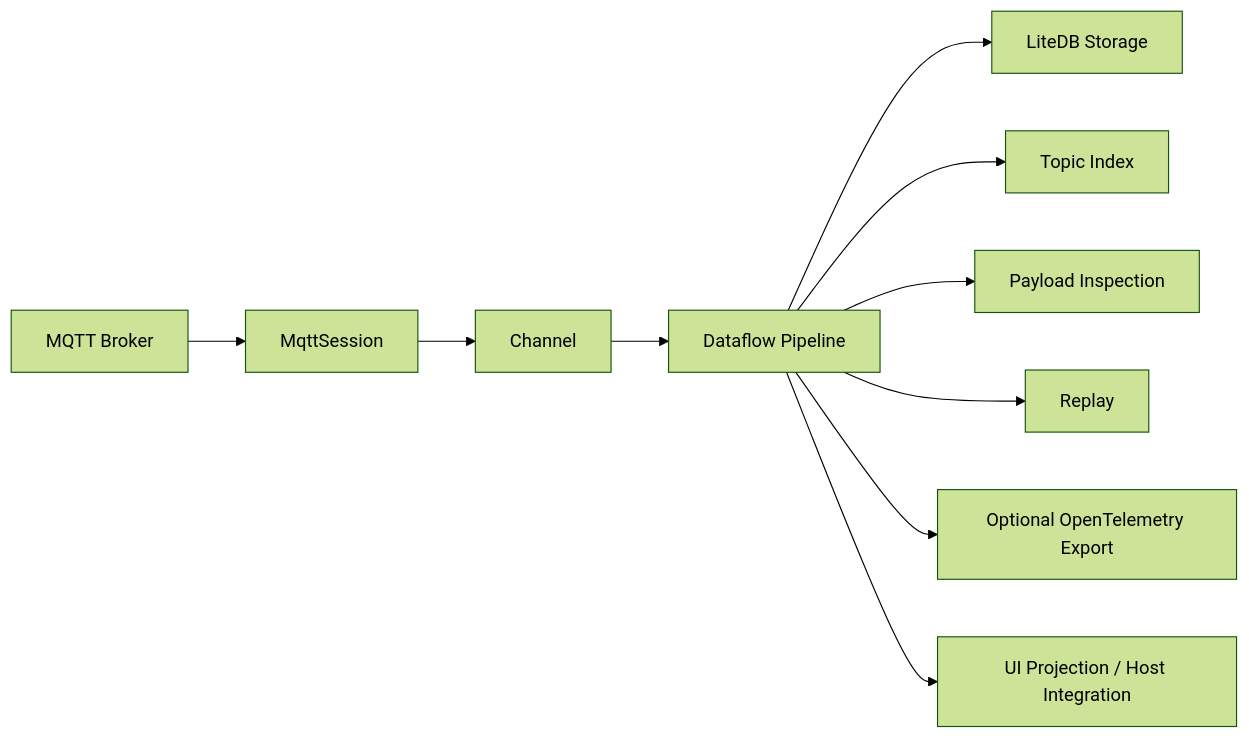
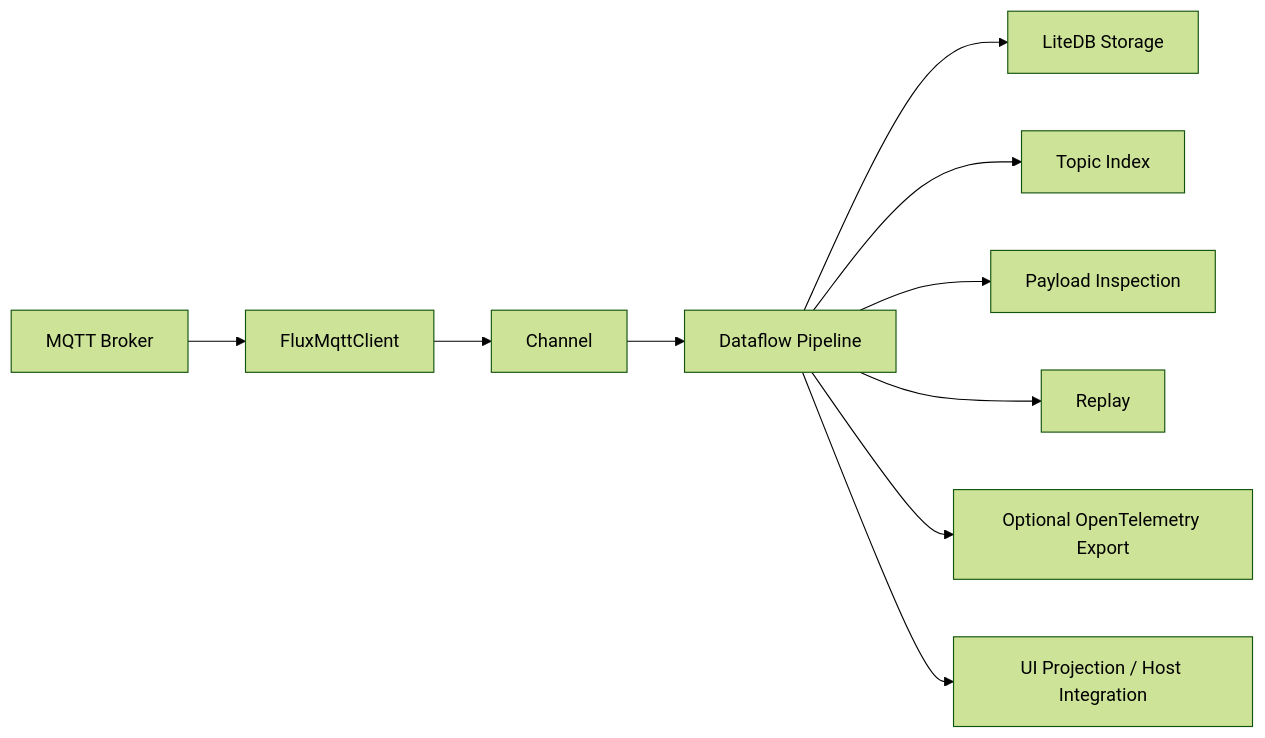
One commit to araxis/FluxMq changed the first of 4 diagrams in docs/architecture.md. Above: the diagram before and after it, drawn with Mermaid (forest theme). The commit also changed 56 other files, not shown here.

Commit message:
Align live MQTT client terminology

````diff
--- a/docs/architecture.md
+++ b/docs/architecture.md
@@ -5,12 +5,12 @@
 ```mermaid
 flowchart LR
-    Broker["MQTT Broker"] --> Session["MqttSession"]
+    Broker["MQTT Broker"] --> Session["FluxMqttClient"]
     Session --> Channel["Channel<MqttEnvelope>"]
     Channel --> Pipeline["Dataflow Pipeline"]
     Pipeline --> Storage["LiteDB Storage"]
     Pipeline --> TopicIndex["Topic Index"]
     Pipeline --> Payloads["Payload Inspection"]
     Pipeline --> Replay["Replay"]
     Pipeline --> Telemetry["Optional OpenTelemetry Export"]
     Pipeline --> UI["UI Projection / Host Integration"]
 ```
````
